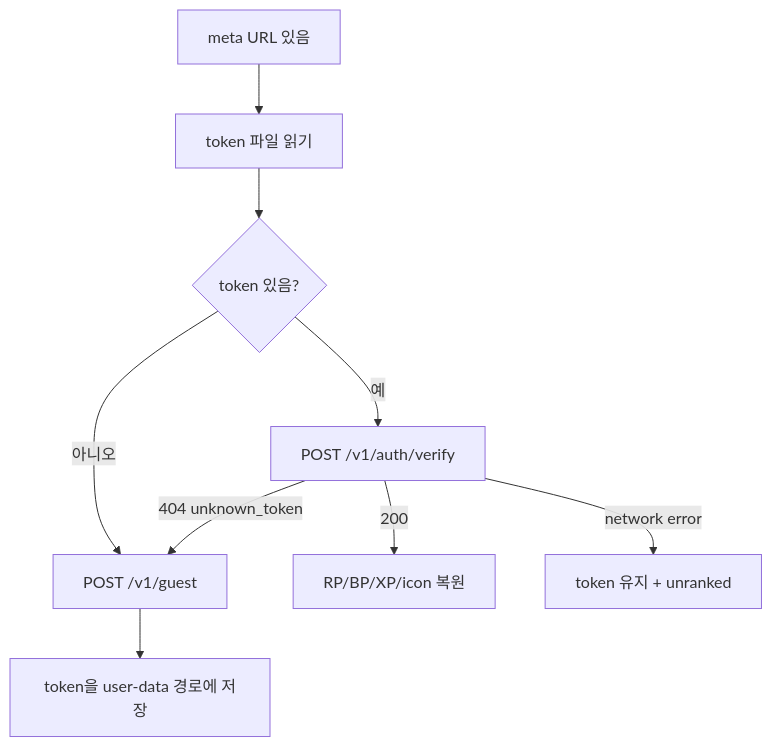
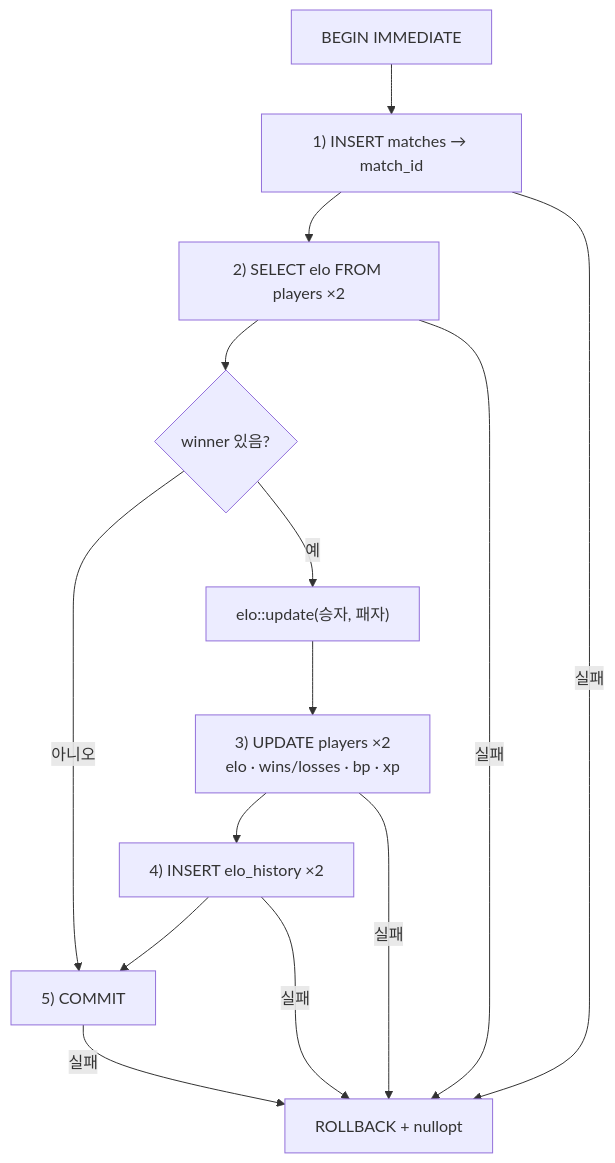
One commit to Rein-ArXiv/Tetris-Multiplayer-RL changed the third of 6 diagrams in docs/blog/part10-meta-and-ranking.md. Above: the diagram before and after it, drawn with Mermaid. The commit also changed other lines of this file and 41 other files, not shown here.

````diff
--- a/docs/blog/part10-meta-and-ranking.md
+++ b/docs/blog/part10-meta-and-ranking.md
@@ -333,11 +869,16 @@
 ```mermaid
 flowchart TD
-    A[meta URL 있음] --> B[token 파일 읽기]
-    B --> C{token 있음?}
-    C -- 아니오 --> D[POST /v1/guest]
-    C -- 예 --> E[POST /v1/auth/verify]
-    E -- 200 --> F[RP/BP/XP/icon 복원]
-    E -- 404 unknown_token --> D
-    E -- network error --> G[token 유지 + unranked]
-    D --> H[token을 user-data 경로에 저장]
+    A["BEGIN IMMEDIATE"] --> B["1) INSERT matches → match_id"]
+    B --> C["2) SELECT elo FROM players ×2"]
+    C --> D{"winner 있음?"}
+    D -- 아니오 --> H["5) COMMIT"]
+    D -- 예 --> E["elo::update(승자, 패자)"]
+    E --> F["3) UPDATE players ×2<br/>elo · wins/losses · bp · xp"]
+    F --> G["4) INSERT elo_history ×2"]
+    G --> H
+    B -- 실패 --> R["ROLLBACK + nullopt"]
+    C -- 실패 --> R
+    F -- 실패 --> R
+    G -- 실패 --> R
+    H -- 실패 --> R
 ```
````
